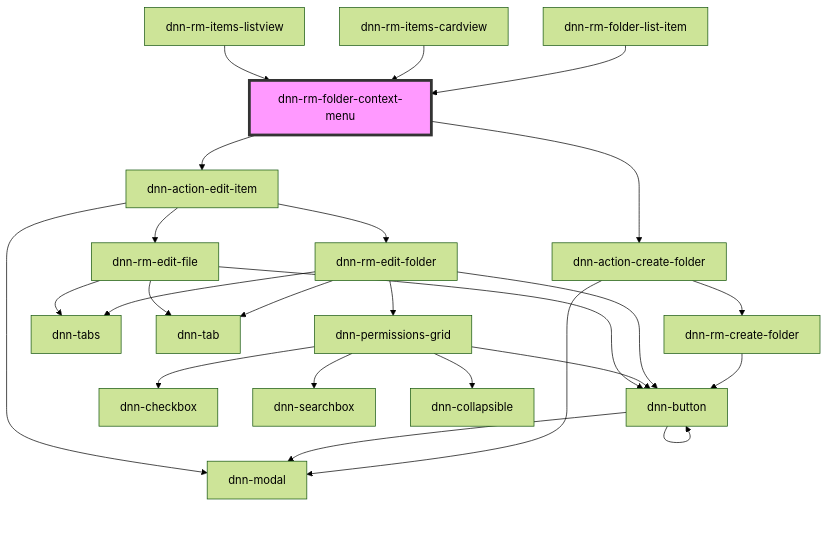
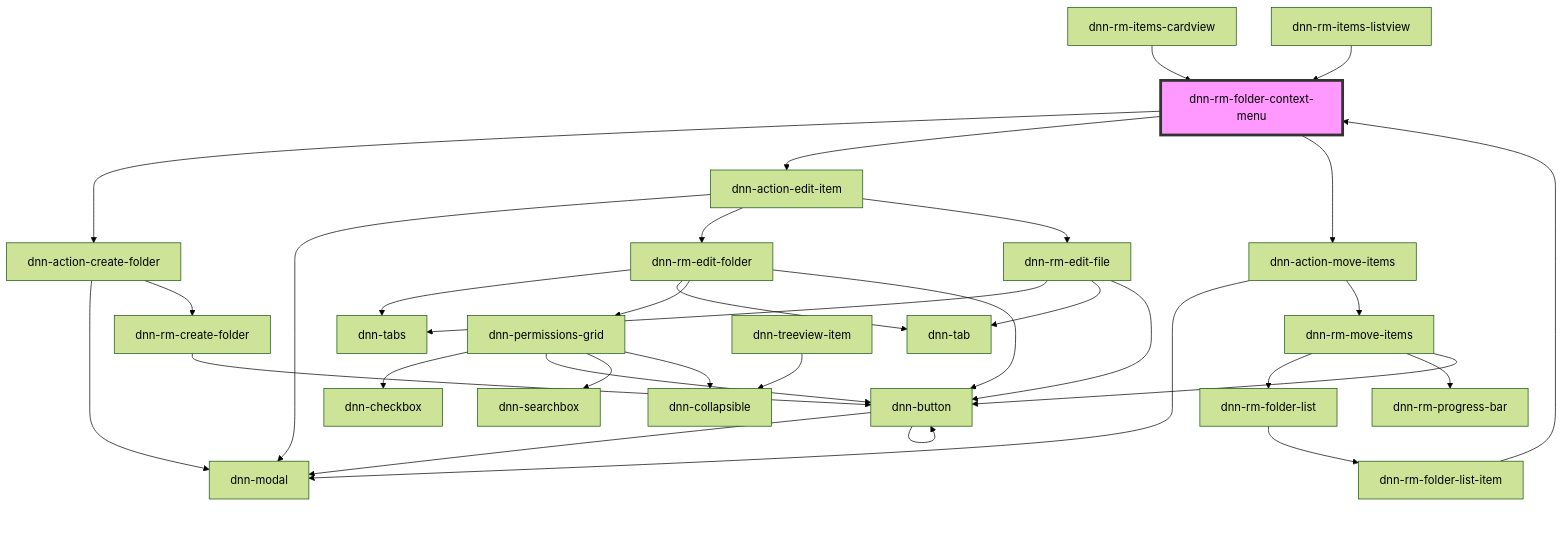
The diagram in DNN Platform/Modules/ResourceManager/ResourceManager.Web/src/components/context-menus/dnn-rm-folder-context-menu/readme.md (dnnsoftware/Dnn.Platform), drawn with Mermaid (forest theme) before and after one commit. The commit also changed other lines of this file and 29 other files, not shown here.

First line of the commit message:
Implemented item move feature

````diff
--- a/DNN Platform/Modules/ResourceManager/ResourceManager.Web/src/components/context-menus/dnn-rm-folder-context-menu/readme.md
+++ b/DNN Platform/Modules/ResourceManager/ResourceManager.Web/src/components/context-menus/dnn-rm-folder-context-menu/readme.md
@@ -29,28 +30,36 @@
 ```mermaid
 graph TD;
   dnn-rm-folder-context-menu --> dnn-action-create-folder
   dnn-rm-folder-context-menu --> dnn-action-edit-item
+  dnn-rm-folder-context-menu --> dnn-action-move-items
   dnn-action-create-folder --> dnn-modal
   dnn-action-create-folder --> dnn-rm-create-folder
   dnn-rm-create-folder --> dnn-button
   dnn-button --> dnn-modal
   dnn-button --> dnn-button
   dnn-action-edit-item --> dnn-modal
   dnn-action-edit-item --> dnn-rm-edit-folder
   dnn-action-edit-item --> dnn-rm-edit-file
   dnn-rm-edit-folder --> dnn-tabs
   dnn-rm-edit-folder --> dnn-tab
   dnn-rm-edit-folder --> dnn-permissions-grid
   dnn-rm-edit-folder --> dnn-button
   dnn-permissions-grid --> dnn-checkbox
   dnn-permissions-grid --> dnn-button
   dnn-permissions-grid --> dnn-searchbox
   dnn-permissions-grid --> dnn-collapsible
   dnn-rm-edit-file --> dnn-tabs
   dnn-rm-edit-file --> dnn-tab
   dnn-rm-edit-file --> dnn-button
+  dnn-action-move-items --> dnn-modal
+  dnn-action-move-items --> dnn-rm-move-items
+  dnn-rm-move-items --> dnn-rm-folder-list
+  dnn-rm-move-items --> dnn-rm-progress-bar
+  dnn-rm-move-items --> dnn-button
+  dnn-rm-folder-list --> dnn-rm-folder-list-item
   dnn-rm-folder-list-item --> dnn-rm-folder-context-menu
+  dnn-treeview-item --> dnn-collapsible
   dnn-rm-items-cardview --> dnn-rm-folder-context-menu
   dnn-rm-items-listview --> dnn-rm-folder-context-menu
   style dnn-rm-folder-context-menu fill:#f9f,stroke:#333,stroke-width:4px
 ```
````
